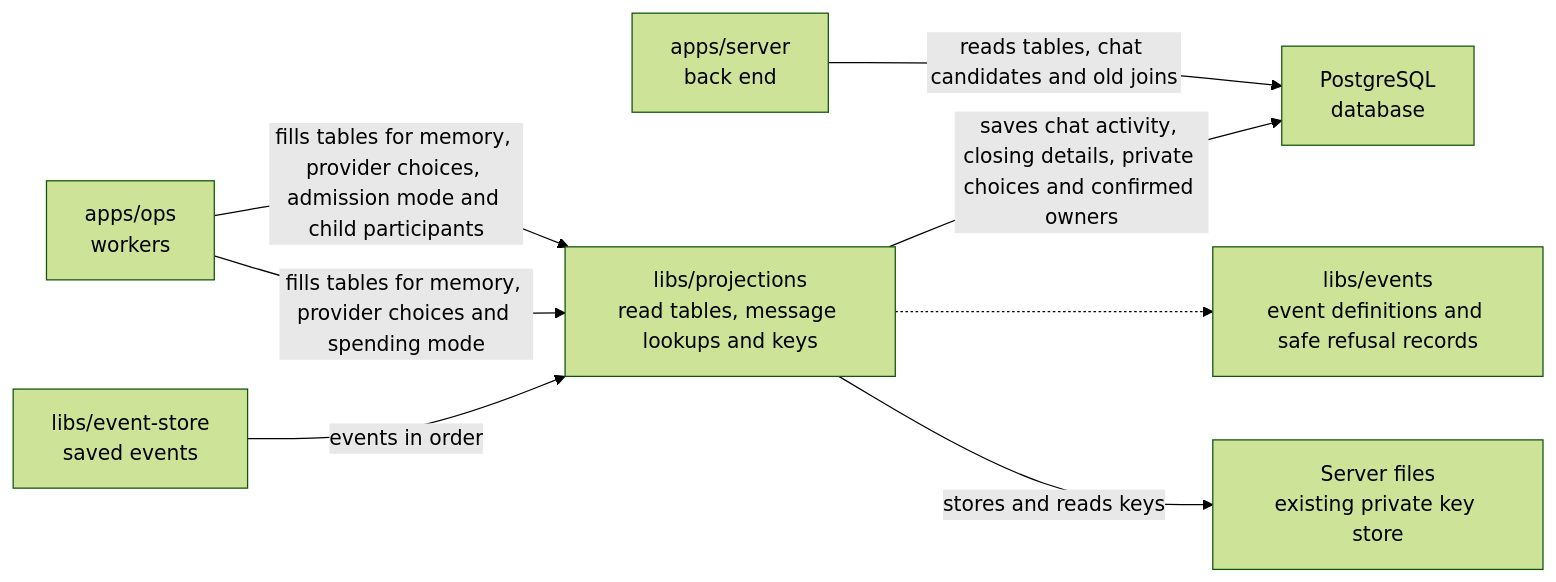
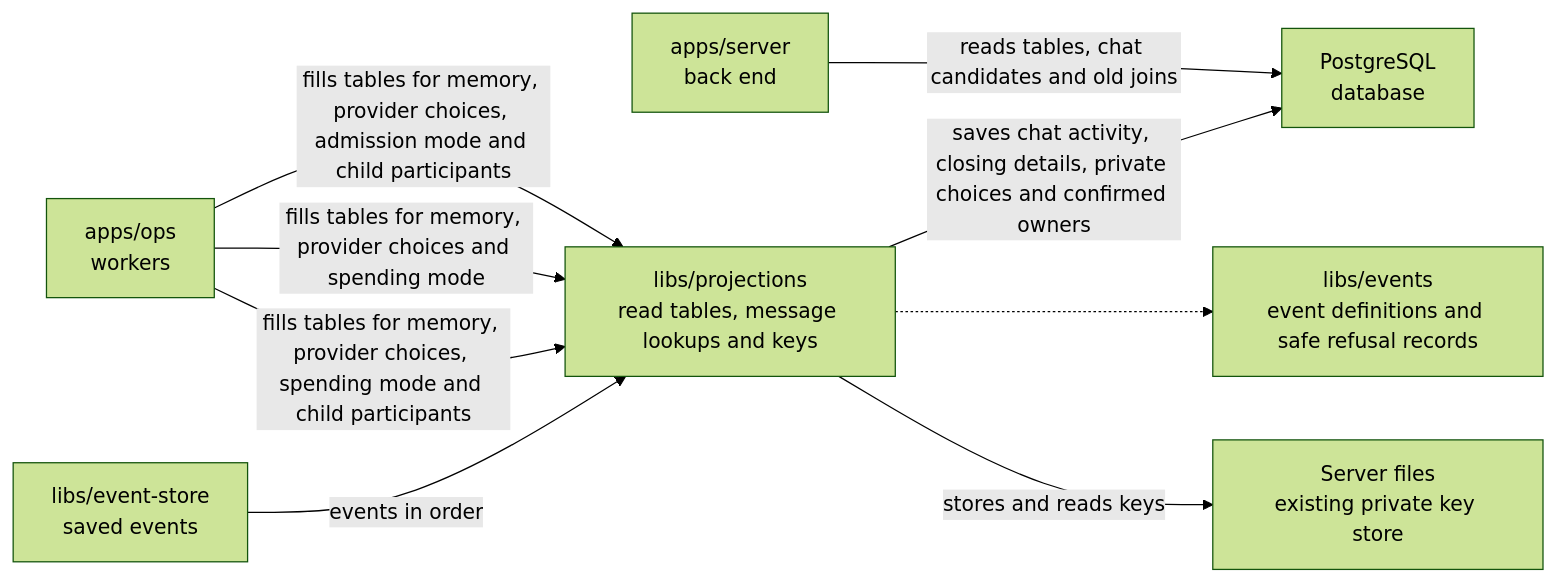
One commit to elewa-git/opencrane-new changed the diagram in libs/projections/README.md. Above: the diagram before and after it, drawn with Mermaid (forest theme). The commit also changed 2 other files, not shown here.

Commit message:
📝 Record spending-limit retry checks and final money verification

````diff
--- a/libs/projections/README.md
+++ b/libs/projections/README.md
@@ -23,10 +23,11 @@
 ```mermaid
 flowchart LR
   ops["apps/ops<br/>workers"] -->|fills tables for memory, provider choices, admission mode and child participants| projections["libs/projections<br/>read tables, message lookups and keys"]
   ops["apps/ops<br/>workers"] -->|fills tables for memory, provider choices and spending mode| projections["libs/projections<br/>read tables, message lookups and keys"]
+  ops["apps/ops<br/>workers"] -->|fills tables for memory, provider choices, spending mode and child participants| projections["libs/projections<br/>read tables, message lookups and keys"]
   server["apps/server<br/>back end"] -->|reads tables, chat candidates and old joins| pg["PostgreSQL<br/>database"]
   projections -->|saves chat activity, closing details, private choices and confirmed owners| pg
   store["libs/event-store<br/>saved events"] -->|events in order| projections
   projections -.-> events["libs/events<br/>event definitions and safe refusal records"]
   projections -->|stores and reads keys| keys["Server files<br/>existing private key store"]
 ```
````
